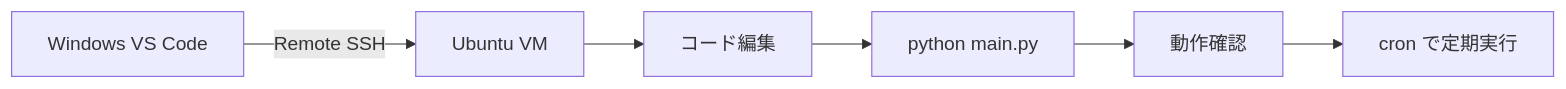
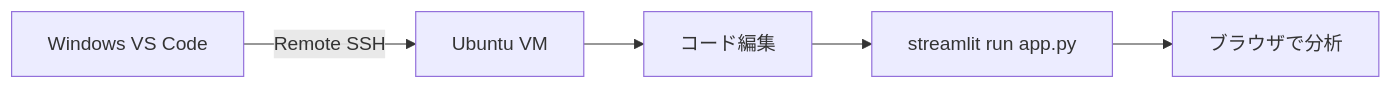
Before and after one commit to banzai80311315/jepx-data-analytics-platform: the second of 9 diagrams in README.md, drawn with Mermaid. The commit also changed other lines of this file, not shown here.

````diff
--- a/README.md
+++ b/README.md
@@ -56,8 +71,7 @@
 ```mermaid
 flowchart LR
     A[Windows VS Code] -->|Remote SSH| B[Ubuntu VM]
     B --> C[コード編集]
-    C --> D[python main.py]
-    D --> E[動作確認]
-    E --> F[cron で定期実行]
+    C --> D[streamlit run app.py]
+    D --> E[ブラウザで分析]
 ```
````
